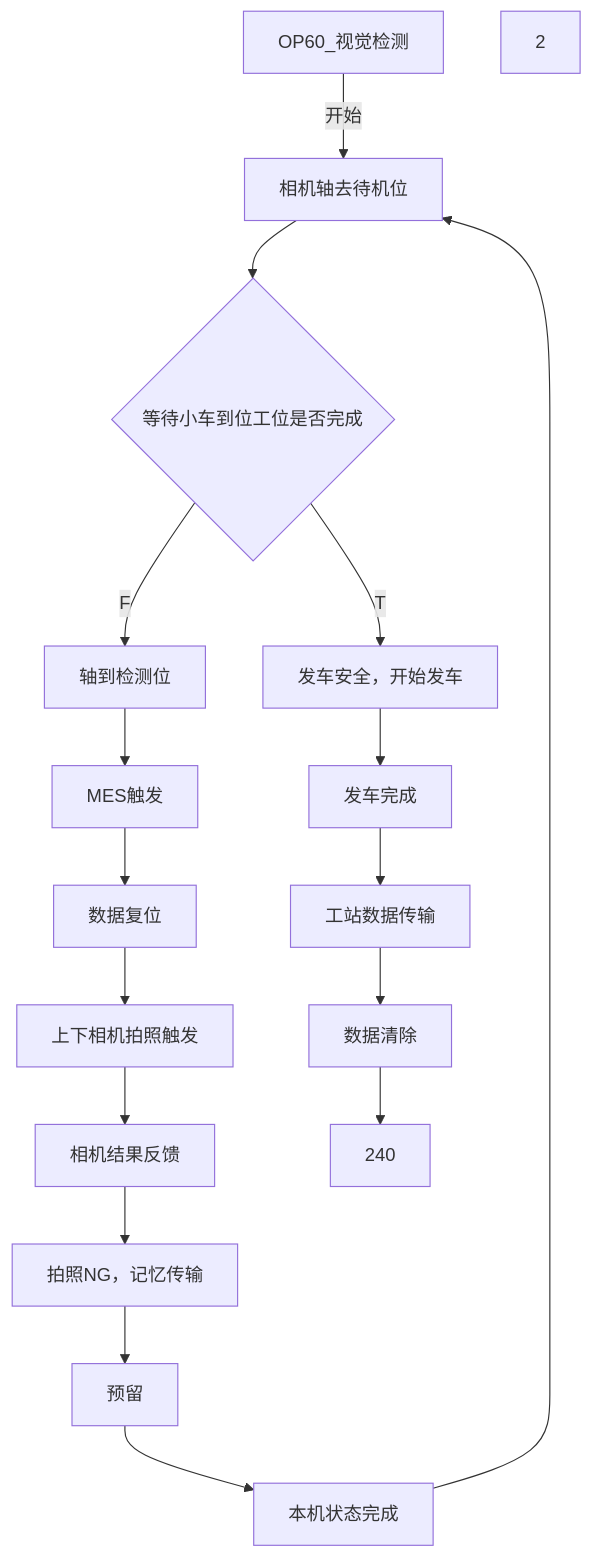
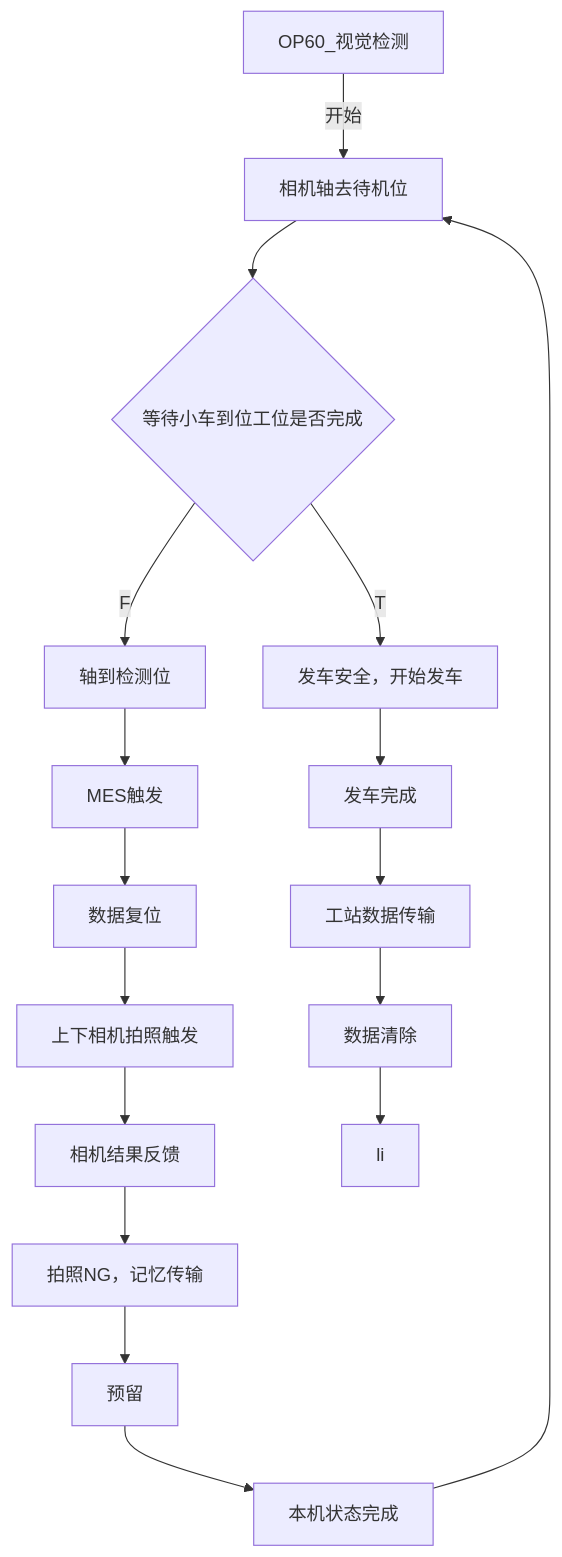
Before and after one commit to zmq000/iodraw-files: the diagram in all/未命名.md, drawn with Mermaid.

Commit message:
2026-06-17 14:38:04 update

````diff
--- a/all/未命名.md
+++ b/all/未命名.md
@@ -1,23 +1,23 @@
 ```mermaid
 graph TD
    0[OP60_视觉检测]-->|开始|10
    10[相机轴去待机位]-->20
    20{等待小车到位工位是否完成}-->|F|100
    20-->|T|200
    100[轴到检测位]-->105
    105[MES触发]-->110
    110[数据复位]-->120
    120[上下相机拍照触发]-->130
    130[相机结果反馈]-->140
    140[拍照NG，记忆传输]-->150
    150[预留]-->160
    160[本机状态完成]-->10
    200[发车安全，开始发车]-->210
    210[发车完成]-->220
    220[工站数据传输]-->230
    230[数据清除]-->240
-   2
+   240[li]
 
 
    
 ```
````
